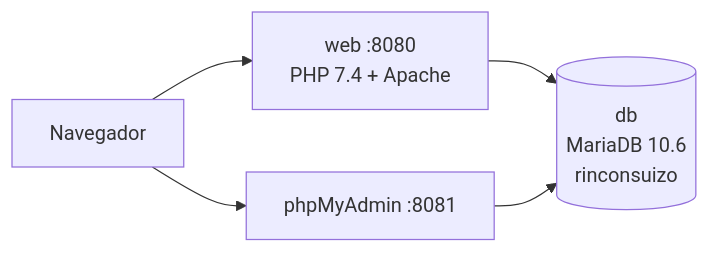
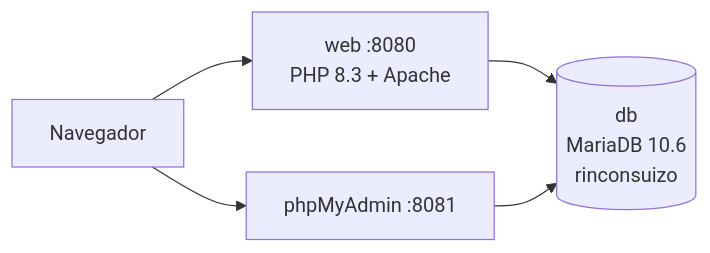
One commit to dhumtechnology/Rinconsuizo-Restaurante changed the diagram in README.md. Above: the diagram before and after it, drawn with Mermaid. The commit also changed other lines of this file and 16 other files, not shown here.

````diff
--- a/README.md
+++ b/README.md
@@ -48,7 +48,7 @@
 ```mermaid
 flowchart LR
-    Browser[ Navegador ] --> Web[ web :8080\nPHP 7.4 + Apache ]
+    Browser[ Navegador ] --> Web[ web :8080\nPHP 8.3 + Apache ]
     Browser --> PMA[ phpMyAdmin :8081 ]
     Web --> DB[( db\nMariaDB 10.6\nrinconsuizo )]
     PMA --> DB
 ```
````
